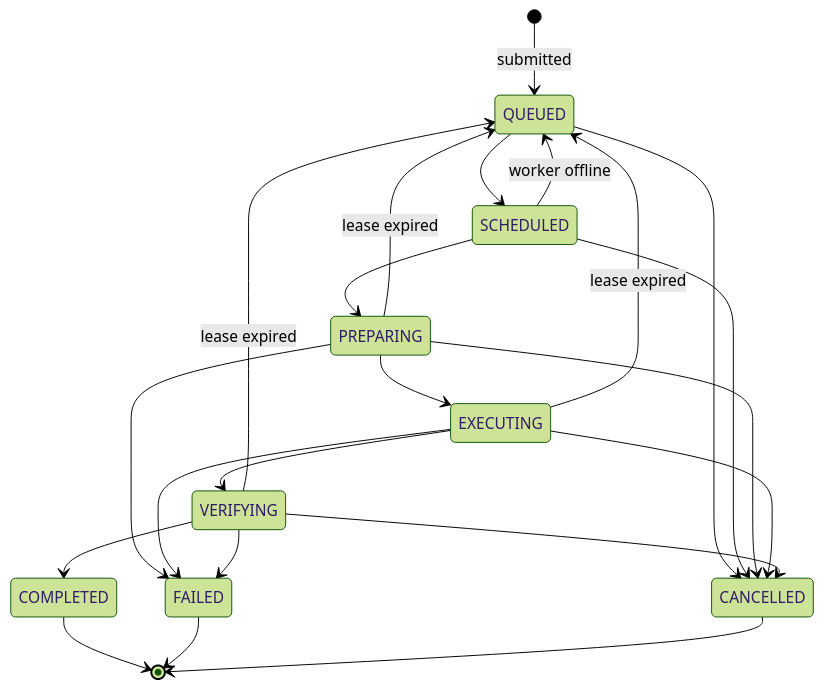
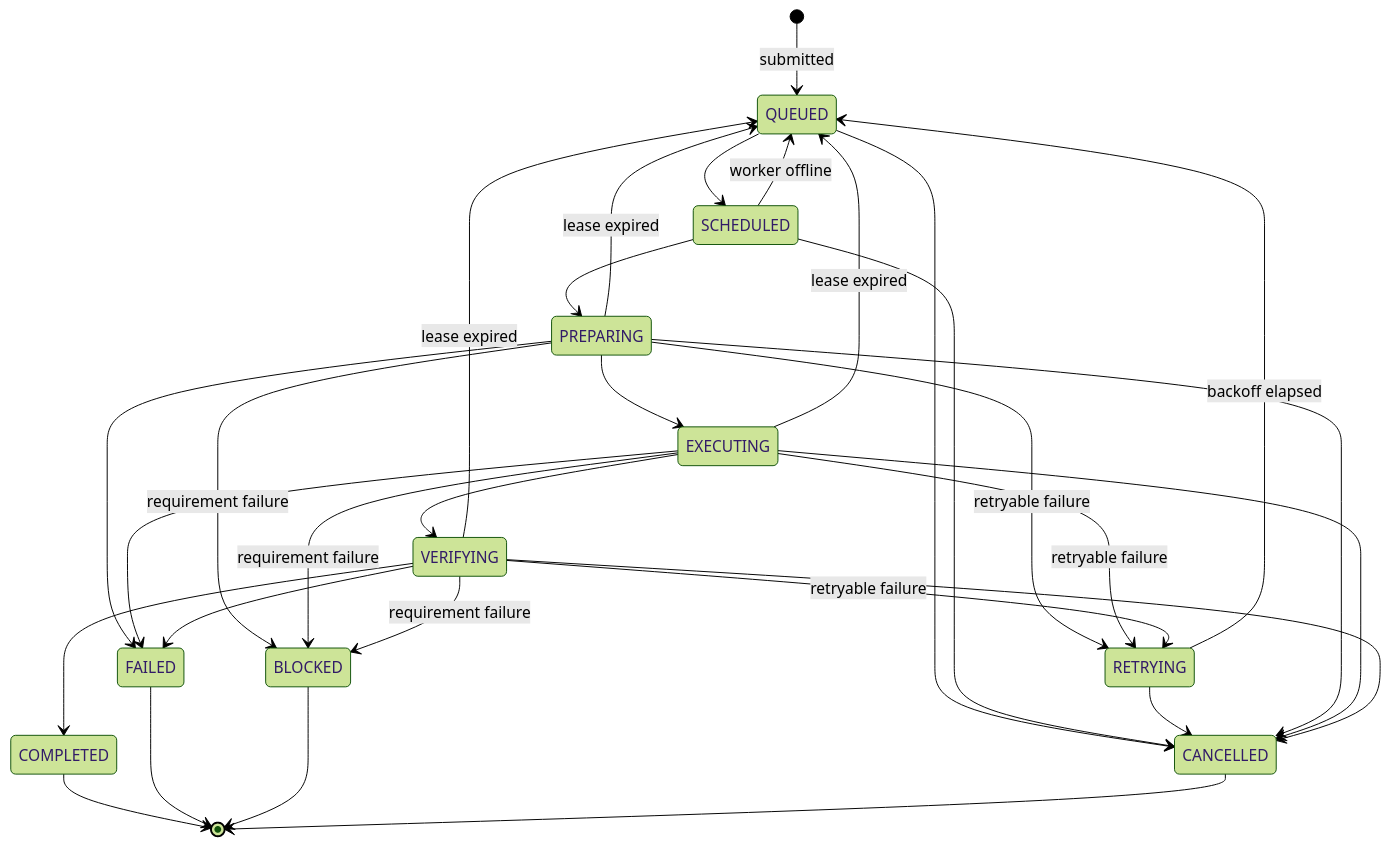
Before and after one commit to Khantdotcom/Tsuzuku-Runner: the second of 7 diagrams in docs/architecture.md, drawn with Mermaid (forest theme). The commit also changed other lines of this file and 57 other files, not shown here.

````diff
--- a/docs/architecture.md
+++ b/docs/architecture.md
@@ -113,24 +113,33 @@
 ```mermaid
 stateDiagram-v2
     [*] --> QUEUED: submitted
     QUEUED --> SCHEDULED
     SCHEDULED --> PREPARING
     SCHEDULED --> QUEUED: worker offline
     PREPARING --> EXECUTING
     EXECUTING --> VERIFYING
     VERIFYING --> COMPLETED
     PREPARING --> FAILED
     EXECUTING --> FAILED
     VERIFYING --> FAILED
+    PREPARING --> RETRYING: retryable failure
+    EXECUTING --> RETRYING: retryable failure
+    VERIFYING --> RETRYING: retryable failure
+    PREPARING --> BLOCKED: requirement failure
+    EXECUTING --> BLOCKED: requirement failure
+    VERIFYING --> BLOCKED: requirement failure
+    RETRYING --> QUEUED: backoff elapsed
     PREPARING --> QUEUED: lease expired
     EXECUTING --> QUEUED: lease expired
     VERIFYING --> QUEUED: lease expired
     QUEUED --> CANCELLED
     SCHEDULED --> CANCELLED
+    RETRYING --> CANCELLED
     PREPARING --> CANCELLED
     EXECUTING --> CANCELLED
     VERIFYING --> CANCELLED
     COMPLETED --> [*]
     FAILED --> [*]
+    BLOCKED --> [*]
     CANCELLED --> [*]
 ```
````
